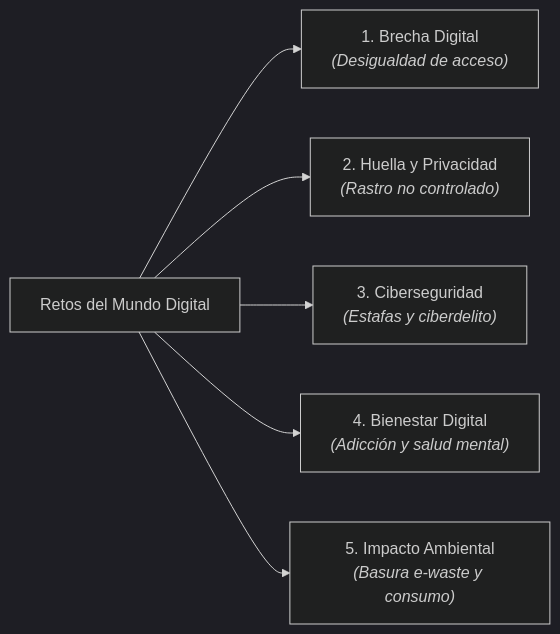
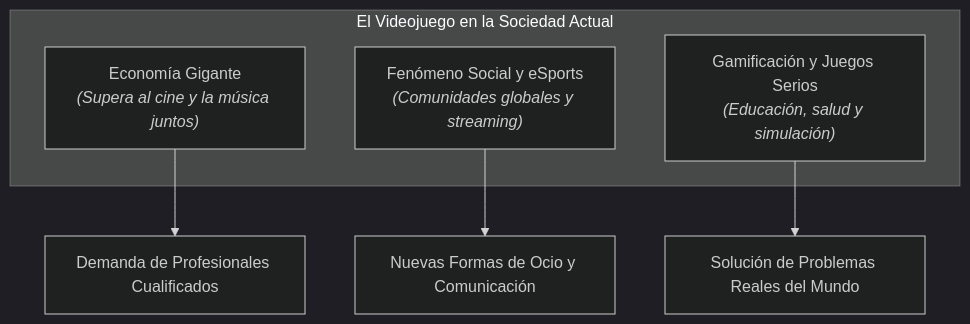
One commit to joclipe/4-ESO changed the fourth of 6 diagrams in Tema 0 - Introducció/introduccion_cas.md. Above: the diagram before and after it, drawn with Mermaid (dark theme). The commit also changed other lines of this file and 1 other file, not shown here.

````diff
--- a/Tema 0 - Introducció/introduccion_cas.md
+++ b/Tema 0 - Introducció/introduccion_cas.md
@@ -194,8 +152,12 @@
 ```mermaid
-graph LR
-    R["Retos del Mundo Digital"] --> R1["1. Brecha Digital<br/><i>(Desigualdad de acceso)</i>"]
-    R --> R2["2. Huella y Privacidad<br/><i>(Rastro no controlado)</i>"]
-    R --> R3["3. Ciberseguridad<br/><i>(Estafas y ciberdelito)</i>"]
-    R --> R4["4. Bienestar Digital<br/><i>(Adicción y salud mental)</i>"]
-    R --> R5["5. Impacto Ambiental<br/><i>(Basura e-waste y consumo)</i>"]
+graph TD
+    subgraph IMPACTO_DEL_VIDEOJUEGO["El Videojuego en la Sociedad Actual"]
+        E1["Economía Gigante<br/><i>(Supera al cine y la música juntos)</i>"]
+        E2["Fenómeno Social y eSports<br/><i>(Comunidades globales y streaming)</i>"]
+        E3["Gamificación y Juegos Serios<br/><i>(Educación, salud y simulación)</i>"]
+    end
+
+    E1 --> IMP1["Demanda de Profesionales Cualificados"]
+    E2 --> IMP2["Nuevas Formas de Ocio y Comunicación"]
+    E3 --> IMP3["Solución de Problemas Reales del Mundo"]
 ```
````
